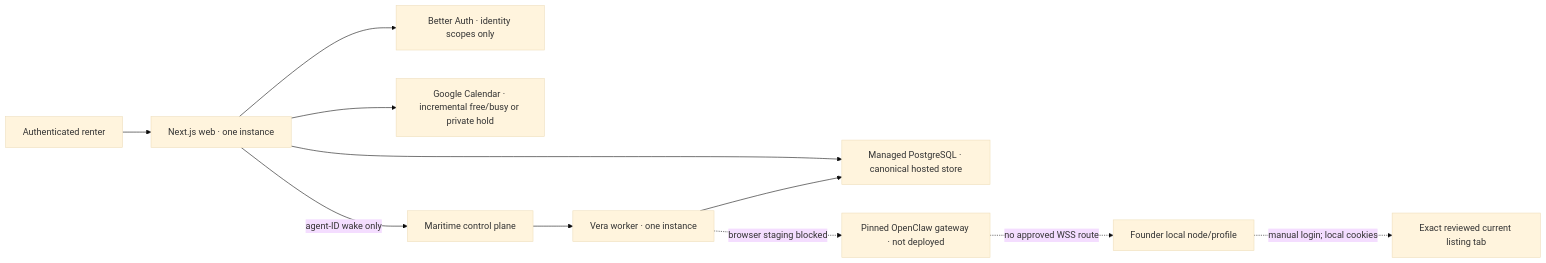
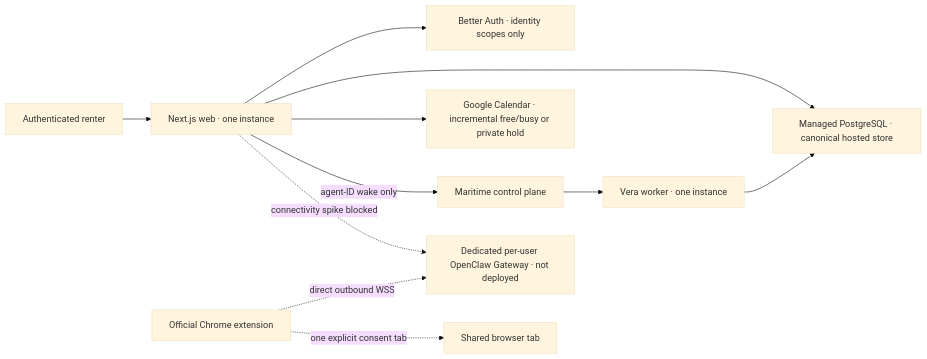
The first of 3 diagrams in docs/ARCHITECTURE.md (zukhriddingit/VeraAI), drawn with Mermaid (base theme) before and after one commit. The commit also changed other lines of this file and 106 other files, not shown here.

First line of the commit message:
feat: add founder browser remote extension transport

````diff
--- a/docs/ARCHITECTURE.md
+++ b/docs/ARCHITECTURE.md
@@ -12,13 +12,13 @@
 ```mermaid
 flowchart LR
   U["Authenticated renter"] --> W["Next.js web · one instance"]
   W --> A["Better Auth · identity scopes only"]
   W --> P["Managed PostgreSQL · canonical hosted store"]
   W --> G["Google Calendar · incremental free/busy or private hold"]
   W -->|"agent-ID wake only"| M["Maritime control plane"]
   M --> K["Vera worker · one instance"]
   K --> P
-  K -. "browser staging blocked" .-> O["Pinned OpenClaw gateway · not deployed"]
-  O -. "no approved WSS route" .-> N["Founder local node/profile"]
-  N -. "manual login; local cookies" .-> S["Exact reviewed current listing tab"]
+  W -. "connectivity spike blocked" .-> O["Dedicated per-user OpenClaw Gateway · not deployed"]
+  E["Official Chrome extension"] -. "direct outbound WSS" .-> O
+  E -. "one explicit consent tab" .-> S["Shared browser tab"]
 ```
````
